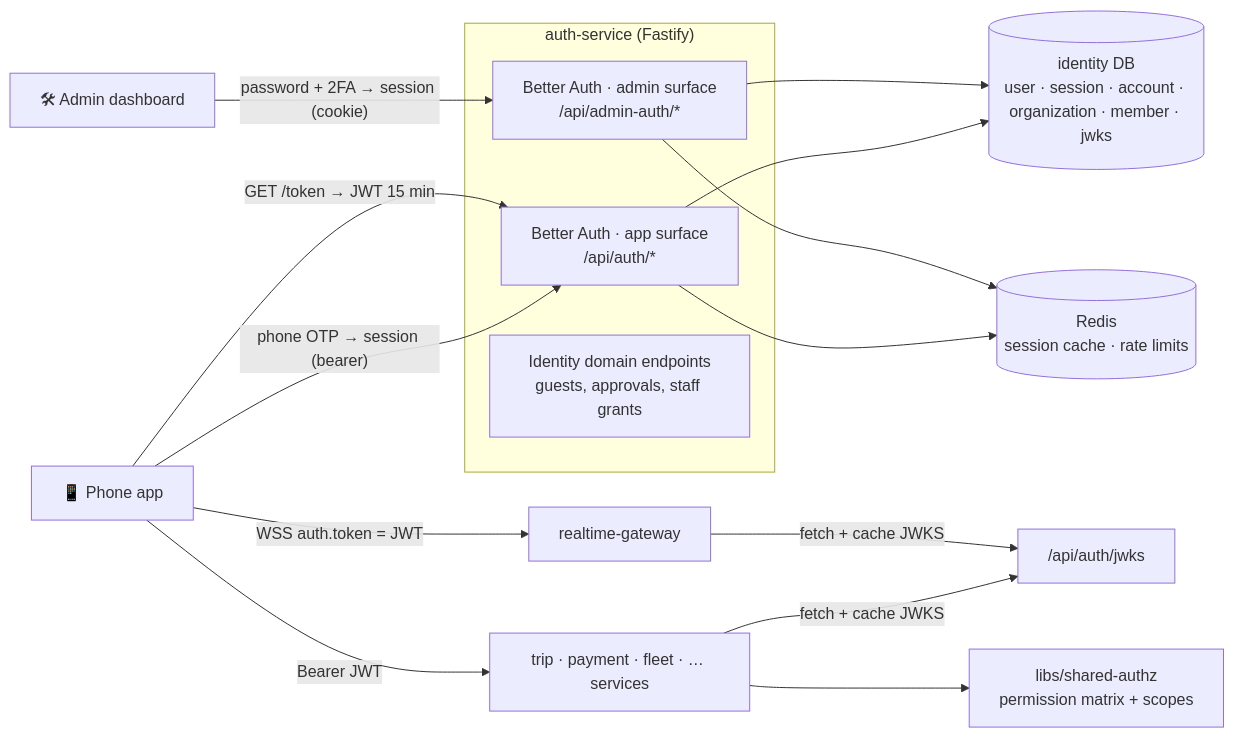
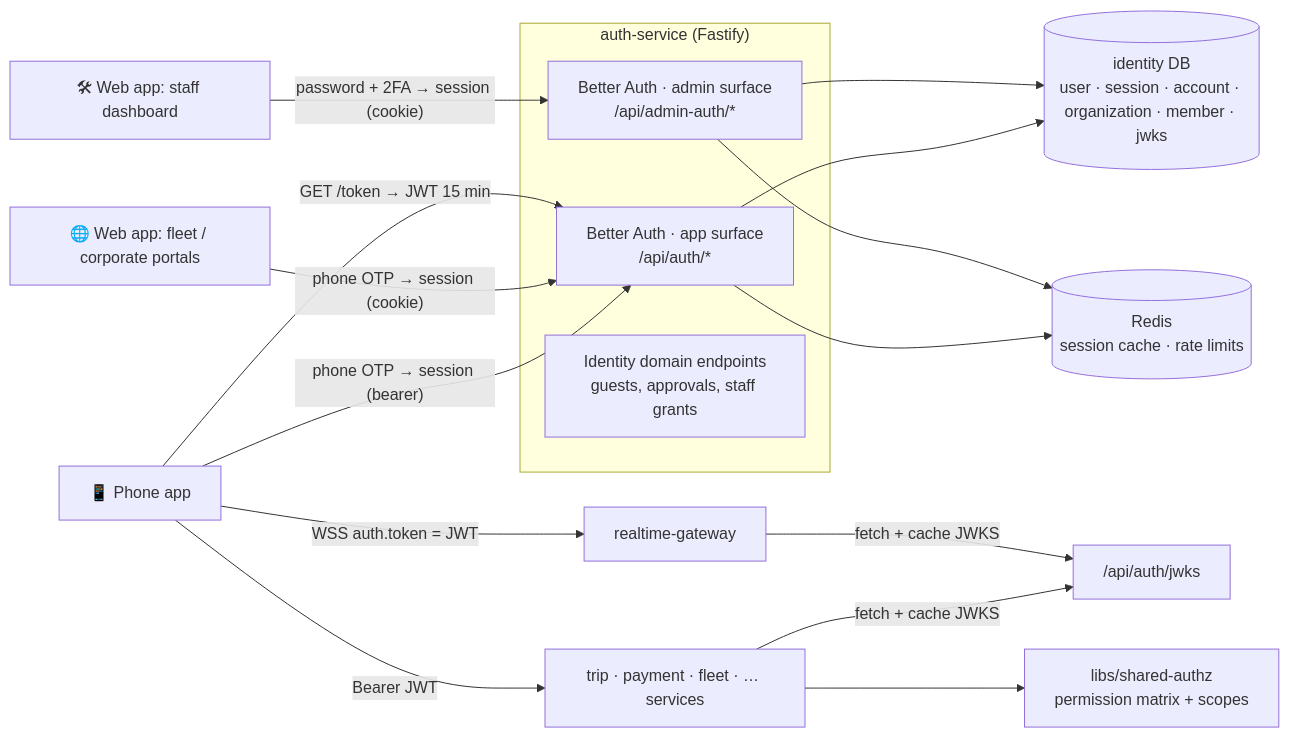
Before and after one commit to beab1212/Anbessa: the first of 12 diagrams in docs/design/Auth.md, drawn with Mermaid. The commit also changed other lines of this file and 36 other files, not shown here.

Commit message:
Refactor project structure to replace 'rider-app' with 'phone-app' and 'admin-dashboard' with 'web'. Update configurations, documentation, and workspace settings accordingly. Enhance README to reflect new app roles and functionalities, ensuring clarity on the phone and web app distinctions.

````diff
--- a/docs/design/Auth.md
+++ b/docs/design/Auth.md
@@ -48,17 +48,18 @@
 ```mermaid
 flowchart LR
   App["📱 Phone app"] -->|"phone OTP → session (bearer)"| BA
-  Admin["🛠 Admin dashboard"] -->|"password + 2FA → session (cookie)"| BA2
+  Web["🌐 Web app: fleet / corporate portals"] -->|"phone OTP → session (cookie)"| BA
+  Admin["🛠 Web app: staff dashboard"] -->|"password + 2FA → session (cookie)"| BA2
   subgraph AS["auth-service (Fastify)"]
     BA["Better Auth · app surface<br/>/api/auth/*"]
     BA2["Better Auth · admin surface<br/>/api/admin-auth/*"]
     DOM["Identity domain endpoints<br/>guests, approvals, staff grants"]
   end
   BA & BA2 --> DB[(identity DB<br/>user · session · account · organization · member · jwks)]
   BA & BA2 --> R[(Redis<br/>session cache · rate limits)]
   App -->|"GET /token → JWT 15 min"| BA
   App -->|"Bearer JWT"| SVC["trip · payment · fleet · … services"]
   App -->|"WSS auth.token = JWT"| RT["realtime-gateway"]
   SVC & RT -->|"fetch + cache JWKS"| JWKS["/api/auth/jwks"]
   SVC --> AZ["libs/shared-authz<br/>permission matrix + scopes"]
 ```
````
